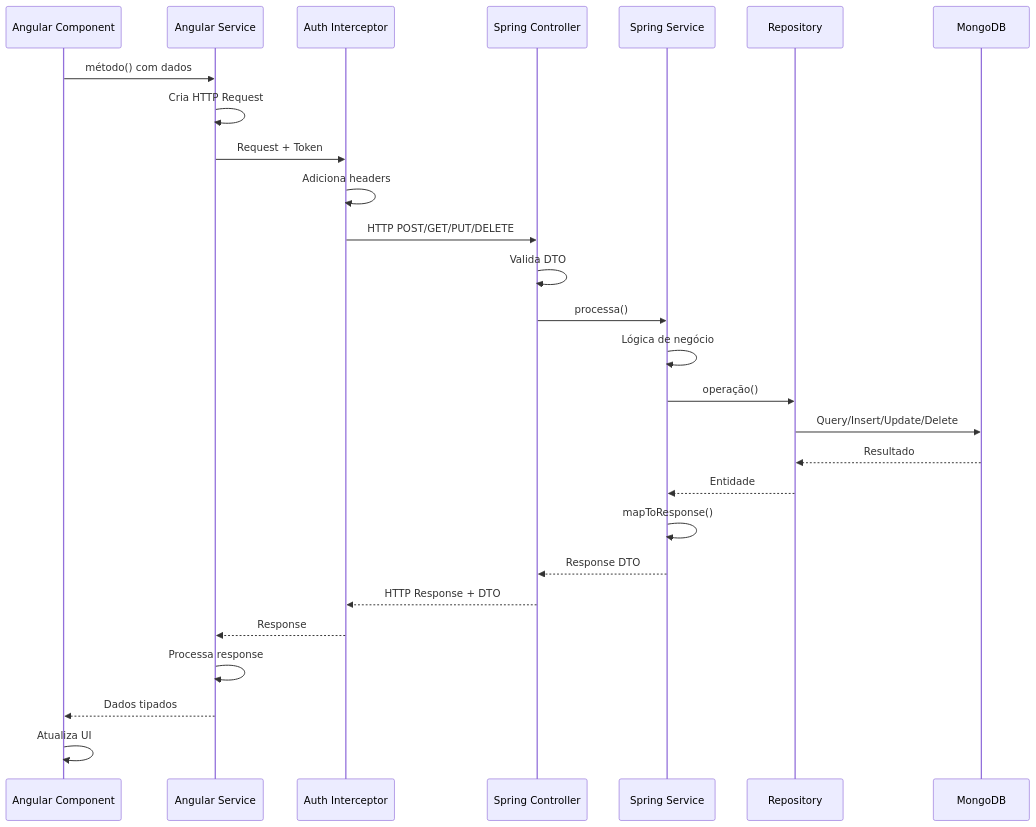
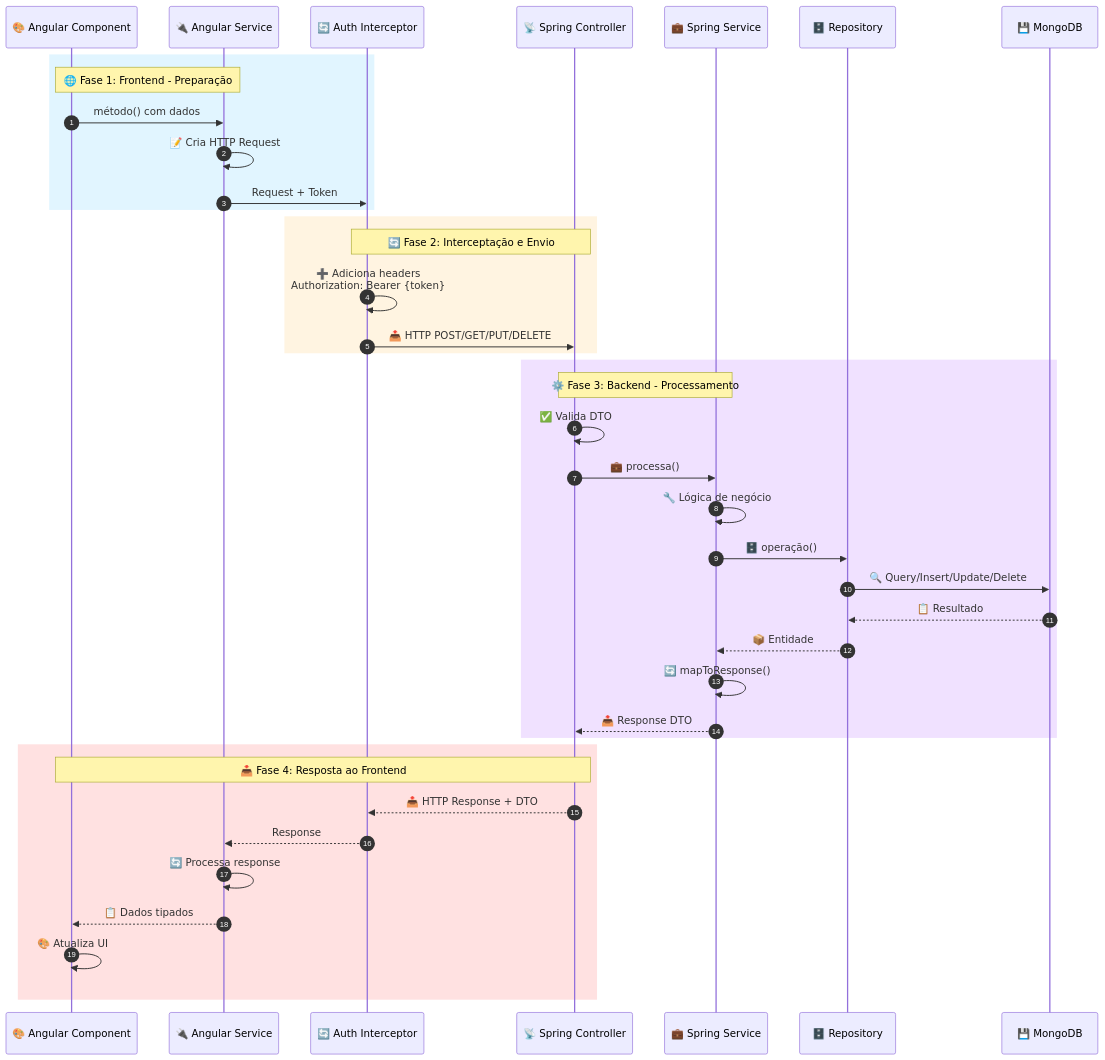
One commit to caiohrmm/TCC-BartoFinance changed diagram 14 of 20 in DOCUMENTACAO_ARQUITETURA_CAMADAS.md. Above: the diagram before and after it, drawn with Mermaid. The commit also changed other lines of this file, not shown here.

````diff
--- a/DOCUMENTACAO_ARQUITETURA_CAMADAS.md
+++ b/DOCUMENTACAO_ARQUITETURA_CAMADAS.md
@@ -591,32 +745,46 @@
 ```mermaid
 sequenceDiagram
-    participant Component as Angular Component
-    participant Service as Angular Service
-    participant Interceptor as Auth Interceptor
-    participant Controller as Spring Controller
-    participant ServiceBackend as Spring Service
-    participant Repository as Repository
-    participant MongoDB as MongoDB
+    autonumber
+    participant Component as 🎨 Angular Component
+    participant Service as 🔌 Angular Service
+    participant Interceptor as 🔄 Auth Interceptor
+    participant Controller as 📡 Spring Controller
+    participant ServiceBackend as 💼 Spring Service
+    participant Repository as 🗄️ Repository
+    participant MongoDB as 💾 MongoDB
 
-    Component->>Service: método() com dados
-    Service->>Service: Cria HTTP Request
-    Service->>Interceptor: Request + Token
+    rect rgb(225, 245, 255)
+        Note over Component,Service: 🌐 Fase 1: Frontend - Preparação
+        Component->>Service: método() com dados
+        Service->>Service: 📝 Cria HTTP Request
+        Service->>Interceptor: Request + Token
+    end
     
-    Interceptor->>Interceptor: Adiciona headers
-    Interceptor->>Controller: HTTP POST/GET/PUT/DELETE
+    rect rgb(255, 244, 225)
+        Note over Interceptor,Controller: 🔄 Fase 2: Interceptação e Envio
+        Interceptor->>Interceptor: ➕ Adiciona headers<br/>Authorization: Bearer {token}
+        Interceptor->>Controller: 📤 HTTP POST/GET/PUT/DELETE
+    end
     
-    Controller->>Controller: Valida DTO
-    Controller->>ServiceBackend: processa()
-    ServiceBackend->>ServiceBackend: Lógica de negócio
-    ServiceBackend->>Repository: operação()
-    Repository->>MongoDB: Query/Insert/Update/Delete
-    MongoDB-->>Repository: Resultado
-    Repository-->>ServiceBackend: Entidade
-    ServiceBackend->>ServiceBackend: mapToResponse()
-    ServiceBackend-->>Controller: Response DTO
-    Controller-->>Interceptor: HTTP Response + DTO
-    Interceptor-->>Service: Response
-    Service->>Service: Processa response
-    Service-->>Component: Dados tipados
-    Component->>Component: Atualiza UI
+    rect rgb(240, 225, 255)
+        Note over Controller,ServiceBackend: ⚙️ Fase 3: Backend - Processamento
+        Controller->>Controller: ✅ Valida DTO
+        Controller->>ServiceBackend: 💼 processa()
+        ServiceBackend->>ServiceBackend: 🔧 Lógica de negócio
+        ServiceBackend->>Repository: 🗄️ operação()
+        Repository->>MongoDB: 🔍 Query/Insert/Update/Delete
+        MongoDB-->>Repository: 📋 Resultado
+        Repository-->>ServiceBackend: 📦 Entidade
+        ServiceBackend->>ServiceBackend: 🔄 mapToResponse()
+        ServiceBackend-->>Controller: 📤 Response DTO
+    end
+    
+    rect rgb(255, 225, 225)
+        Note over Controller,Component: 📥 Fase 4: Resposta ao Frontend
+        Controller-->>Interceptor: 📤 HTTP Response + DTO
+        Interceptor-->>Service: Response
+        Service->>Service: 🔄 Processa response
+        Service-->>Component: 📋 Dados tipados
+        Component->>Component: 🎨 Atualiza UI
+    end
 ```
````
